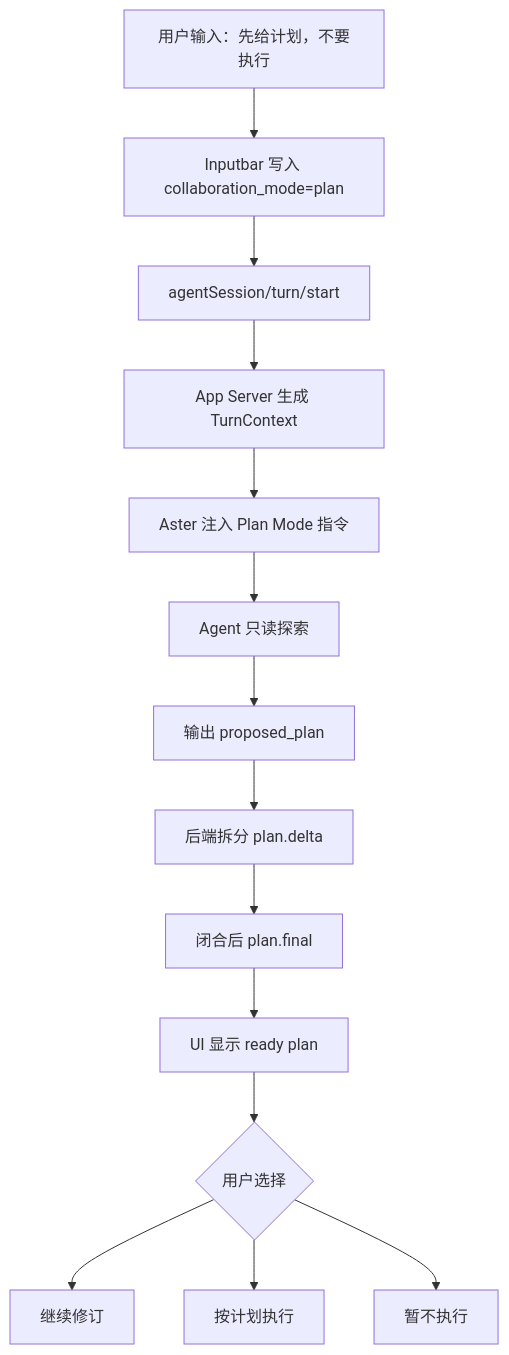
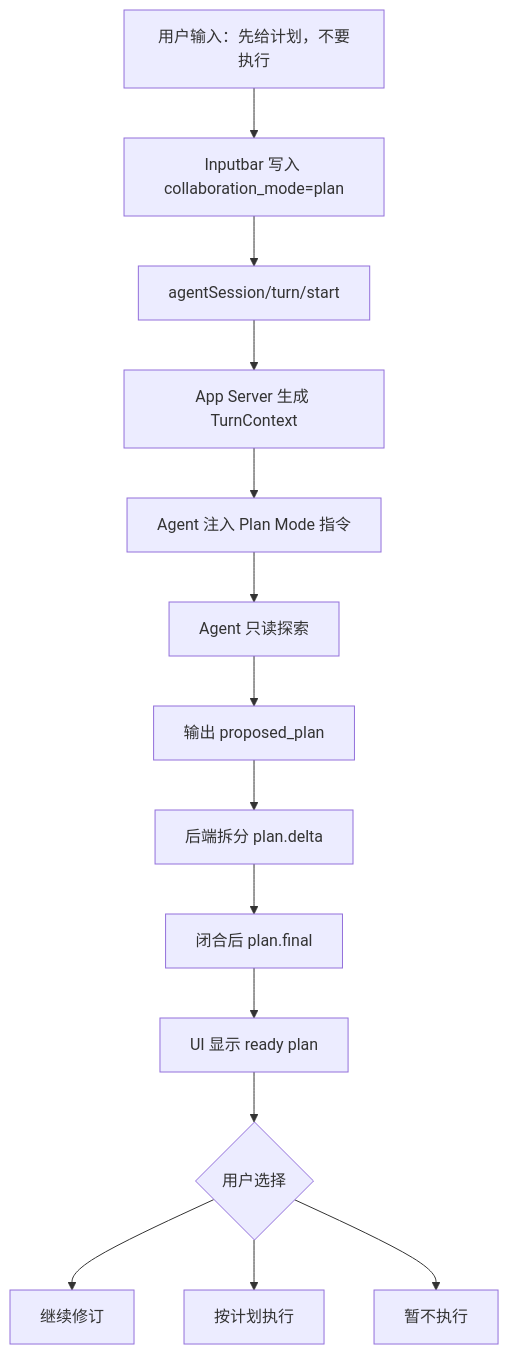
The third of 8 diagrams in internal/roadmap/plan/prd.md (jiujuan/lime), drawn with Mermaid before and after one commit. The commit also changed other lines of this file and 975 other files, not shown here.

````diff
--- a/internal/roadmap/plan/prd.md
+++ b/internal/roadmap/plan/prd.md
@@ -463,16 +463,16 @@
 ```mermaid
 flowchart TD
   A[用户输入：先给计划，不要执行] --> B[Inputbar 写入 collaboration_mode=plan]
   B --> C[agentSession/turn/start]
   C --> D[App Server 生成 TurnContext]
-  D --> E[Aster 注入 Plan Mode 指令]
+  D --> E[Agent 注入 Plan Mode 指令]
   E --> F[Agent 只读探索]
   F --> G[输出 proposed_plan]
   G --> H[后端拆分 plan.delta]
   H --> I[闭合后 plan.final]
   I --> J[UI 显示 ready plan]
   J --> K{用户选择}
   K --> L[继续修订]
   K --> M[按计划执行]
   K --> N[暂不执行]
 ```
````
